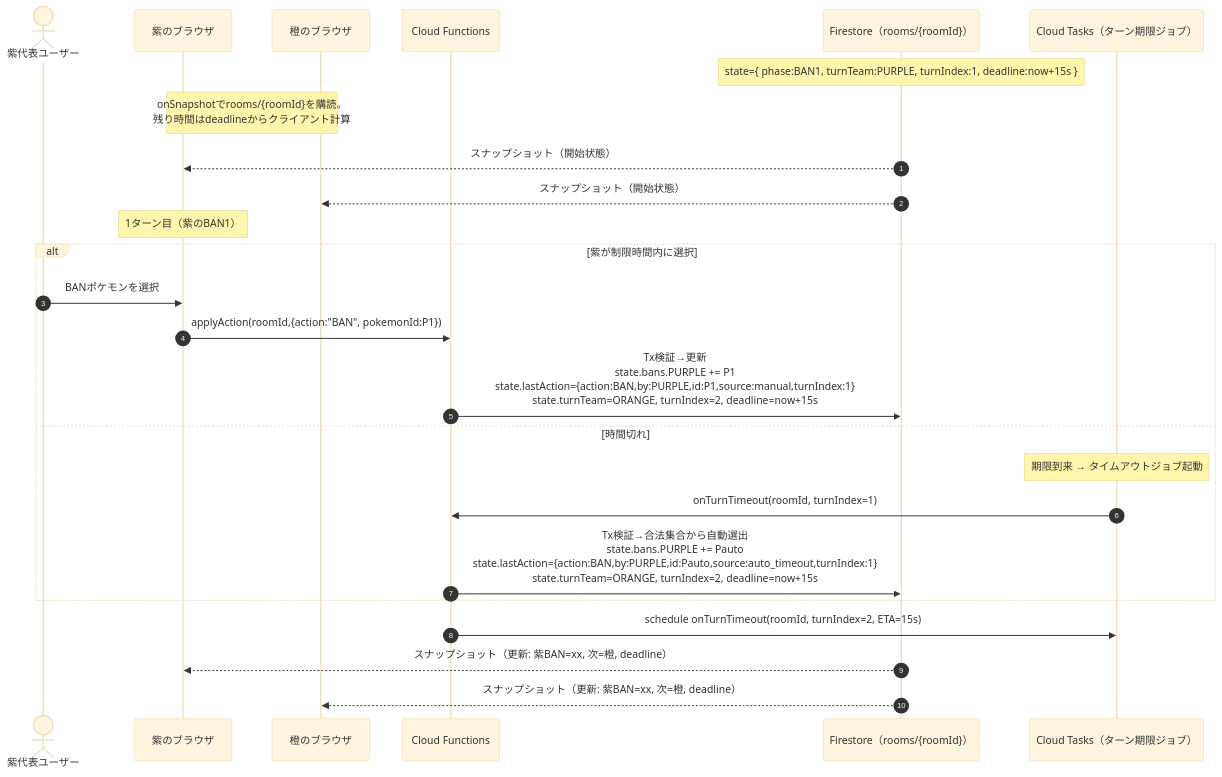
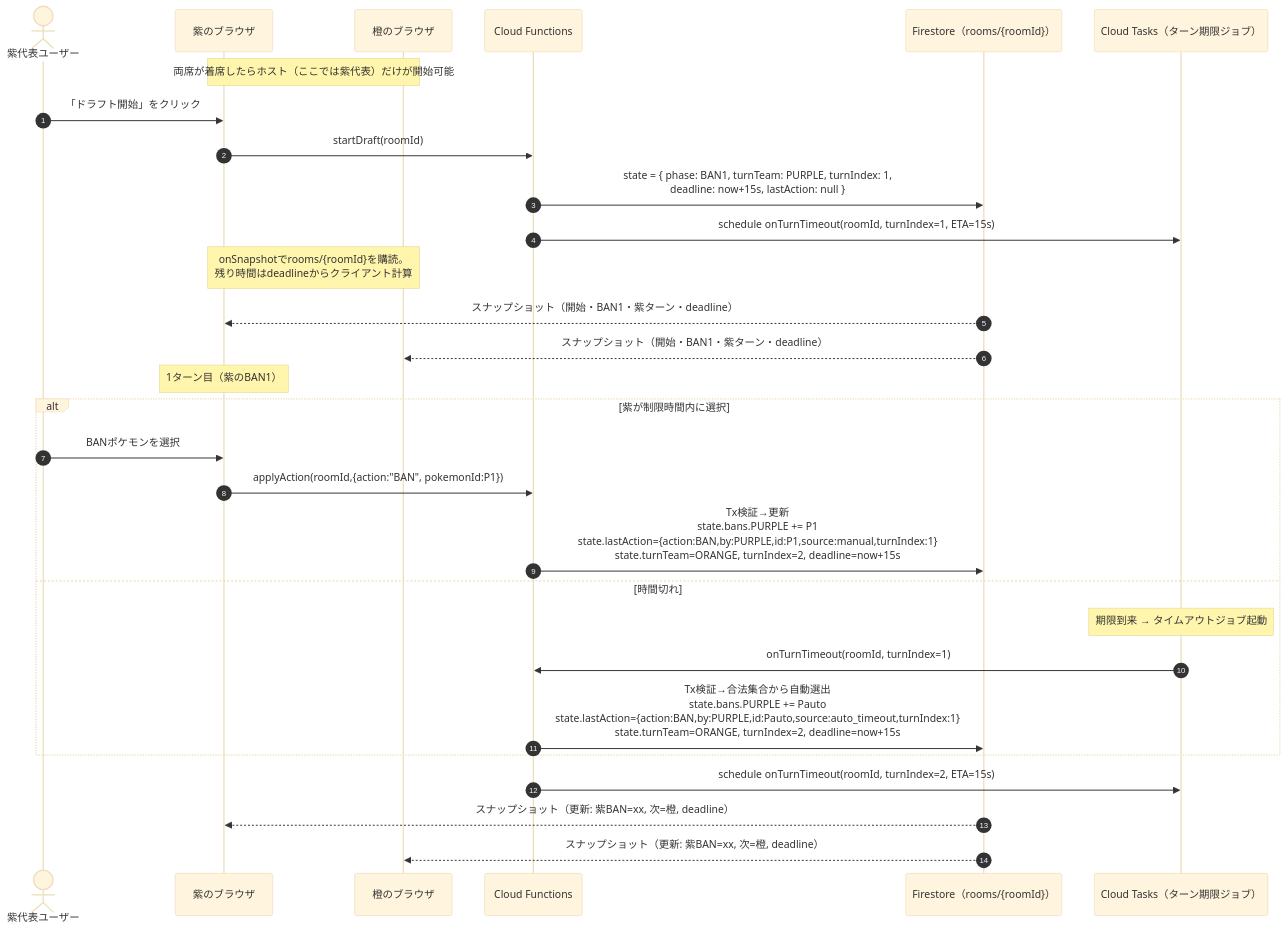
One commit to juv-shun/draft-simulator changed the diagram in docs/sequence_02_ドラフト1ターン目.md. Above: the diagram before and after it, drawn with Mermaid (base theme). The commit also changed 2 other files, not shown here.

Commit message:
doc: フェーズ5の設計書修正

````diff
--- a/docs/sequence_02_ドラフト1ターン目.md
+++ b/docs/sequence_02_ドラフト1ターン目.md
@@ -1,32 +1,36 @@
 ```mermaid
 sequenceDiagram
     autonumber
     actor Purple as 紫代表ユーザー
     participant PurpleClient as 紫のブラウザ
     participant OrangeClient as 橙のブラウザ
     participant Func as Cloud Functions
     participant DB as Firestore（rooms/{roomId}）
     participant Tasks as Cloud Tasks（ターン期限ジョブ）
 
-    Note over DB: state={ phase:BAN1, turnTeam:PURPLE, turnIndex:1, deadline:now+15s }
+    Note over PurpleClient,OrangeClient: 両席が着席したらホスト（ここでは紫代表）だけが開始可能
+    Purple->>PurpleClient: 「ドラフト開始」をクリック
+    PurpleClient->>Func: startDraft(roomId)
+    Func->>DB: state = { phase: BAN1, turnTeam: PURPLE, turnIndex: 1,<br />                          deadline: now+15s, lastAction: null }
+    Func->>Tasks: schedule onTurnTimeout(roomId, turnIndex=1, ETA=15s)
     Note over PurpleClient,OrangeClient: onSnapshotでrooms/{roomId}を購読。<br />残り時間はdeadlineからクライアント計算
-    DB-->>PurpleClient: スナップショット（開始状態）
-    DB-->>OrangeClient: スナップショット（開始状態）
+    DB-->>PurpleClient: スナップショット（開始・BAN1・紫ターン・deadline）
+    DB-->>OrangeClient: スナップショット（開始・BAN1・紫ターン・deadline）
 
     %% 1ターン目：紫のBAN1（時間切れ分岐あり）
     Note over PurpleClient: 1ターン目（紫のBAN1）
     alt 紫が制限時間内に選択
         Purple->>PurpleClient: BANポケモンを選択
         PurpleClient->>Func: applyAction(roomId,{action:"BAN", pokemonId:P1})
         Func->>DB: Tx検証→更新<br />state.bans.PURPLE += P1<br />state.lastAction={action:BAN,by:PURPLE,id:P1,source:manual,turnIndex:1}<br />state.turnTeam=ORANGE, turnIndex=2, deadline=now+15s
     else 時間切れ
         Note over Tasks: 期限到来 → タイムアウトジョブ起動
         Tasks->>Func: onTurnTimeout(roomId, turnIndex=1)
         Func->>DB: Tx検証→合法集合から自動選出<br />state.bans.PURPLE += Pauto<br />state.lastAction={action:BAN,by:PURPLE,id:Pauto,source:auto_timeout,turnIndex:1}<br />state.turnTeam=ORANGE, turnIndex=2, deadline=now+15s
     end
     Func->>Tasks: schedule onTurnTimeout(roomId, turnIndex=2, ETA=15s)
     DB-->>PurpleClient: スナップショット（更新: 紫BAN=xx, 次=橙, deadline）
     DB-->>OrangeClient: スナップショット（更新: 紫BAN=xx, 次=橙, deadline）
 
     %% 2ターン目：橙のBAN1（時間切れ分岐あり）
 ```
````
